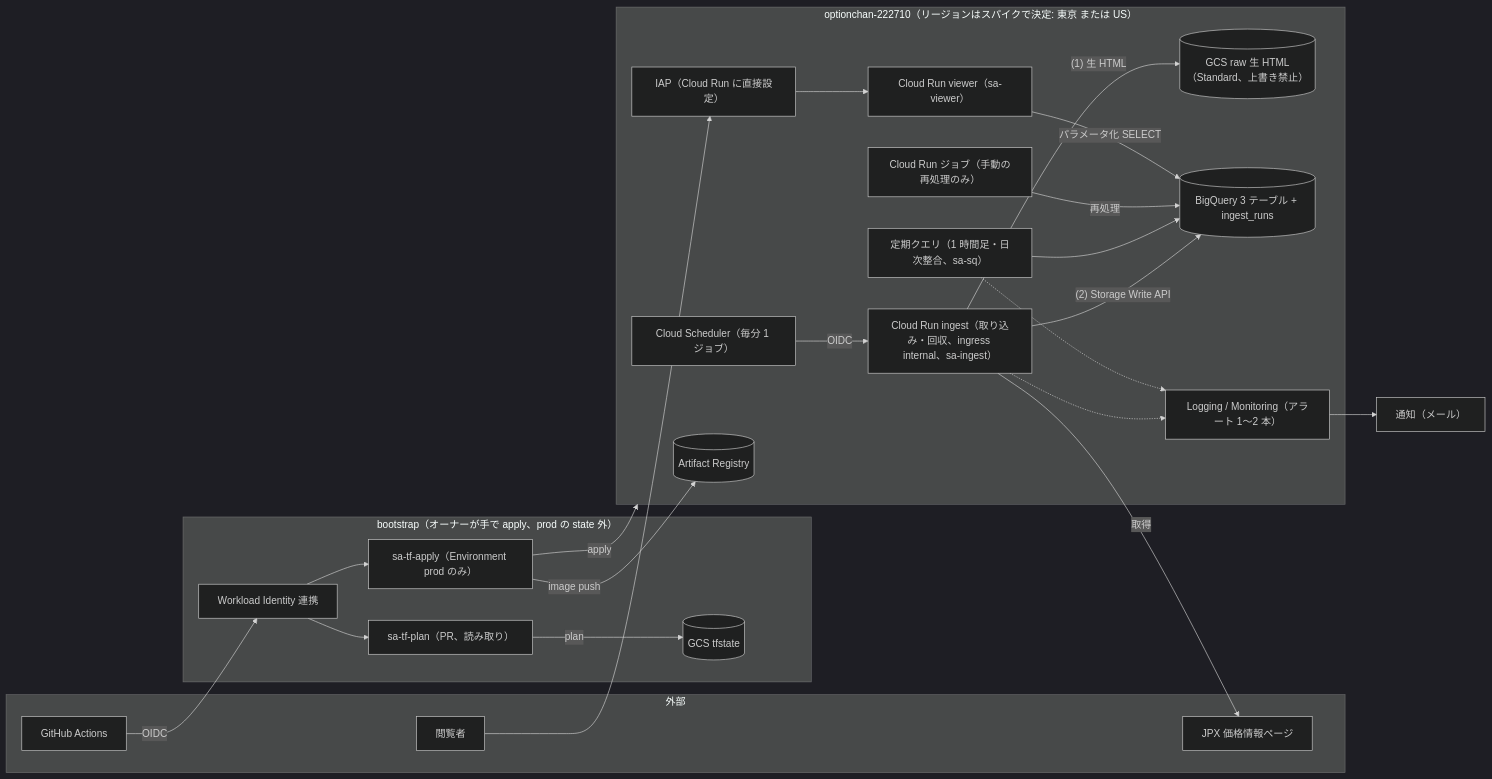
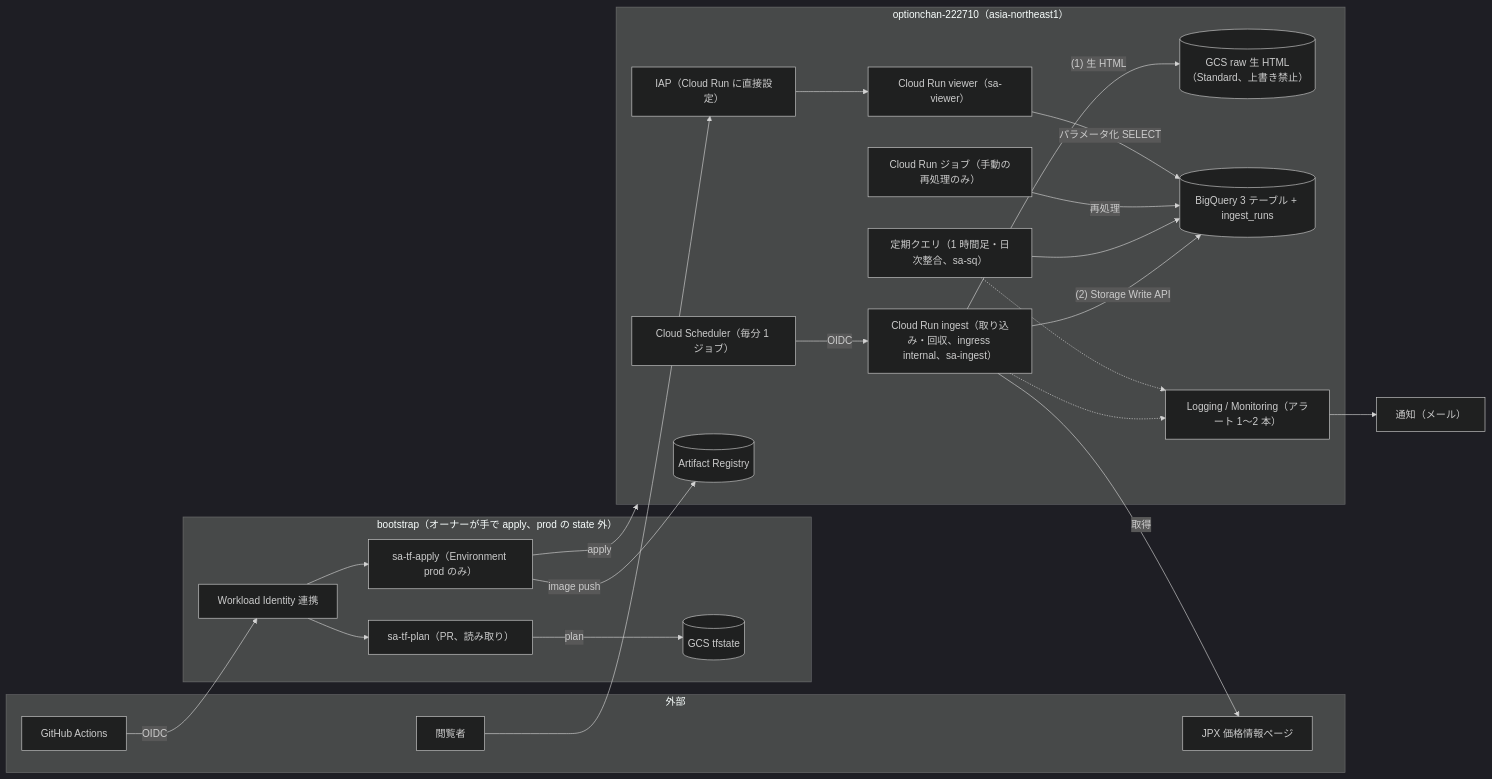
One commit to terukusu/optionchan-gcp changed the diagram in docs/architecture/target.md. Above: the diagram before and after it, drawn with Mermaid (dark theme). The commit also changed other lines of this file, not shown here.

````diff
--- a/docs/architecture/target.md
+++ b/docs/architecture/target.md
@@ -24,49 +24,49 @@
 ```mermaid
 flowchart LR
     subgraph EXT["外部"]
         JPX["JPX 価格情報ページ"]
         USER["閲覧者"]
         GH["GitHub Actions"]
     end
 
     subgraph BOOT["bootstrap（オーナーが手で apply、prod の state 外）"]
         WIF["Workload Identity 連携"]
         TFP["sa-tf-plan（PR、読み取り）"]
         TFA["sa-tf-apply（Environment prod のみ）"]
         TFS[("GCS tfstate")]
     end
 
-    subgraph PROD["optionchan-222710（リージョンはスパイクで決定: 東京 または US）"]
+    subgraph PROD["optionchan-222710（asia-northeast1）"]
         SCH["Cloud Scheduler（毎分 1 ジョブ）"]
         ING["Cloud Run ingest（取り込み・回収、ingress internal、sa-ingest）"]
         RAW[("GCS raw 生 HTML（Standard、上書き禁止）")]
         BQ[("BigQuery 3 テーブル + ingest_runs")]
         SQ["定期クエリ（1 時間足・日次整合、sa-sq）"]
         JOB["Cloud Run ジョブ（手動の再処理のみ）"]
         IAP["IAP（Cloud Run に直接設定）"]
         VIEW["Cloud Run viewer（sa-viewer）"]
         AR[("Artifact Registry")]
         MON["Logging / Monitoring（アラート 1〜2 本）"]
     end
 
     MAIL["通知（メール）"]
 
     SCH -- "OIDC" --> ING
     ING -- "取得" --> JPX
     ING -- "(1) 生 HTML" --> RAW
     ING -- "(2) Storage Write API" --> BQ
     SQ --> BQ
     JOB -- "再処理" --> BQ
     USER --> IAP --> VIEW
     VIEW -- "パラメータ化 SELECT" --> BQ
     ING -.-> MON
     SQ -.-> MON
     MON --> MAIL
 
     GH -- "OIDC" --> WIF
     WIF --> TFP
     WIF --> TFA
     TFP -- "plan" --> TFS
     TFA -- "image push" --> AR
     TFA -- "apply" --> PROD
 ```
````
